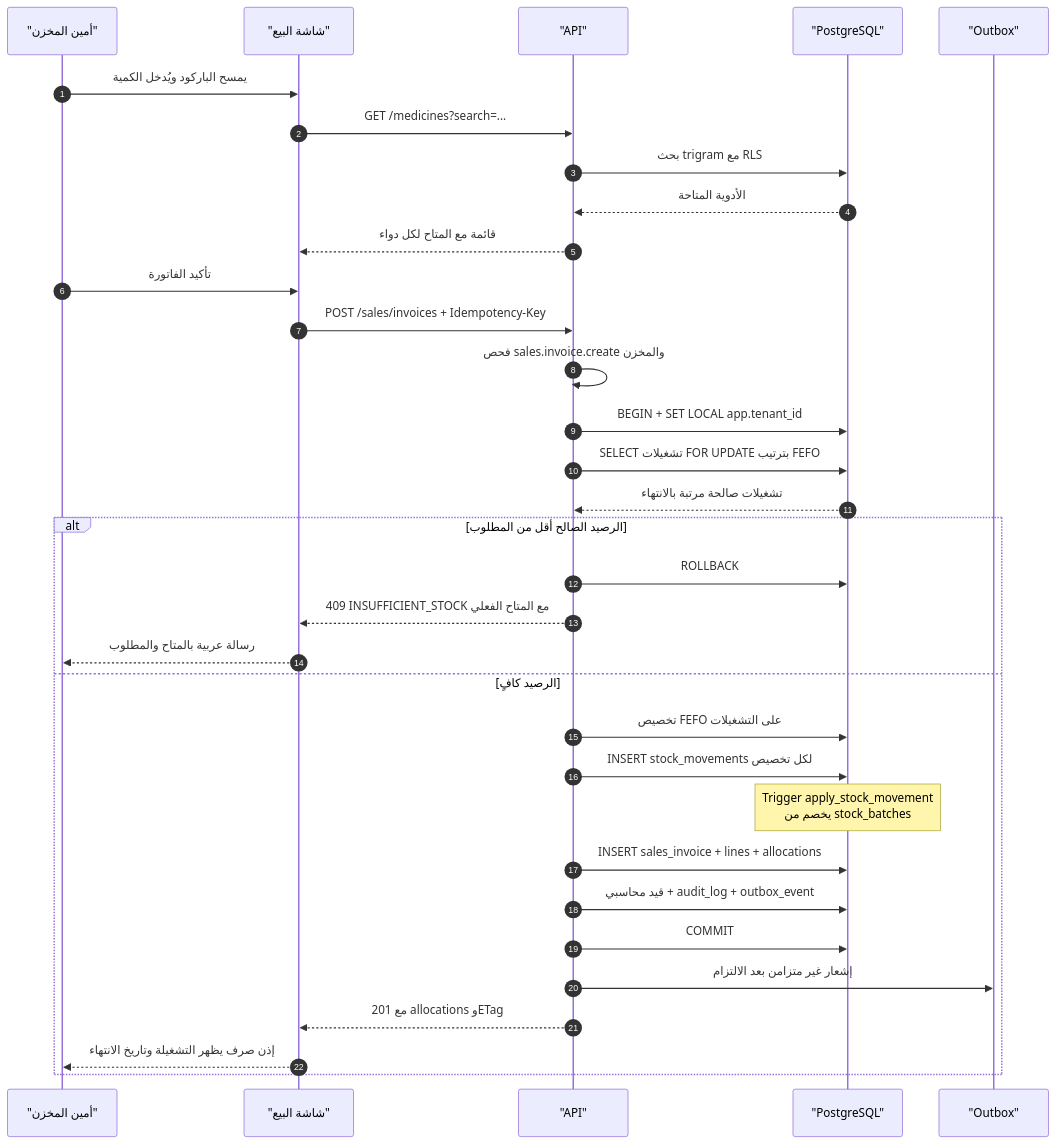
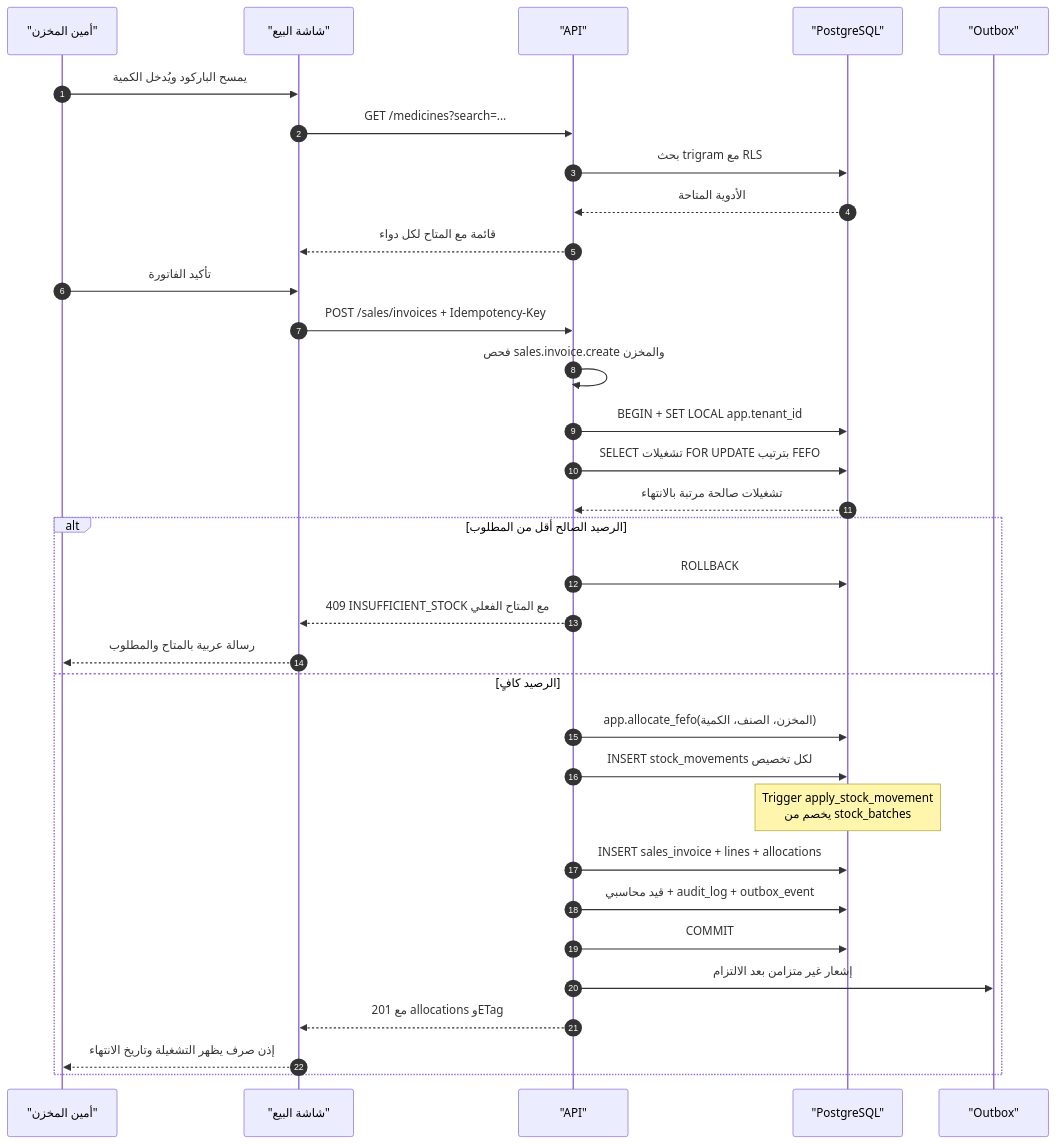
One commit to mohamedelbadawy0089-hue/slamtak changed the first of 5 diagrams in docs/architecture/24-business-flows.md. Above: the diagram before and after it, drawn with Mermaid. The commit also changed other lines of this file and 8 other files, not shown here.

First line of the commit message:
دالة تخصيص FEFO حقيقية في المخطط بدل عقد مكتوب في الاختبار

````diff
--- a/docs/architecture/24-business-flows.md
+++ b/docs/architecture/24-business-flows.md
@@ -13,38 +13,38 @@
 ```mermaid
 sequenceDiagram
     autonumber
     participant U as "أمين المخزن"
     participant UI as "شاشة البيع"
     participant API as "API"
     participant DB as "PostgreSQL"
     participant Q as "Outbox"
 
     U->>UI: يمسح الباركود ويُدخل الكمية
     UI->>API: GET /medicines?search=...
     API->>DB: بحث trigram مع RLS
     DB-->>API: الأدوية المتاحة
     API-->>UI: قائمة مع المتاح لكل دواء
 
     U->>UI: تأكيد الفاتورة
     UI->>API: POST /sales/invoices + Idempotency-Key
     API->>API: فحص sales.invoice.create والمخزن
     API->>DB: BEGIN + SET LOCAL app.tenant_id
     API->>DB: SELECT تشغيلات FOR UPDATE بترتيب FEFO
     DB-->>API: تشغيلات صالحة مرتبة بالانتهاء
 
     alt الرصيد الصالح أقل من المطلوب
         API->>DB: ROLLBACK
         API-->>UI: 409 INSUFFICIENT_STOCK مع المتاح الفعلي
         UI-->>U: رسالة عربية بالمتاح والمطلوب
     else الرصيد كافٍ
-        API->>DB: تخصيص FEFO على التشغيلات
+        API->>DB: app.allocate_fefo(المخزن، الصنف، الكمية)
         API->>DB: INSERT stock_movements لكل تخصيص
         Note over DB: Trigger apply_stock_movement<br/>يخصم من stock_batches
         API->>DB: INSERT sales_invoice + lines + allocations
         API->>DB: قيد محاسبي + audit_log + outbox_event
         API->>DB: COMMIT
         API->>Q: إشعار غير متزامن بعد الالتزام
         API-->>UI: 201 مع allocations وETag
         UI-->>U: إذن صرف يظهر التشغيلة وتاريخ الانتهاء
     end
 ```
````
